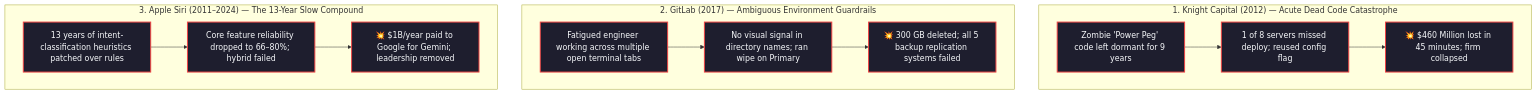
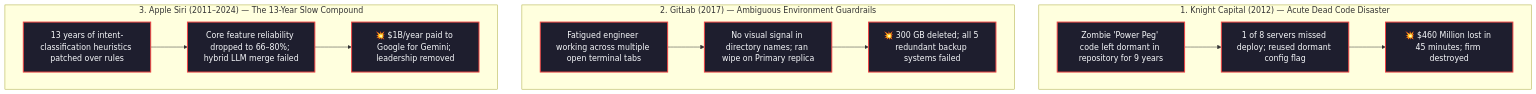
The fifth of 9 diagrams in 01-filestructure/articles/01-your-folder-structure-is-a-message.md (Dustu103/system-design), drawn with Mermaid before and after one commit. The commit also changed other lines of this file, not shown here.

Commit message:
style: streamline Article 1 into diagram-first format with 8 visual architectures

````diff
--- a/01-filestructure/articles/01-your-folder-structure-is-a-message.md
+++ b/01-filestructure/articles/01-your-folder-structure-is-a-message.md
@@ -143,26 +141,26 @@
 ```mermaid
 flowchart TD
-    subgraph K["1. Knight Capital (2012) — Acute Dead Code Catastrophe"]
-        K1["Zombie 'Power Peg' code left dormant for 9 years"]
-        K2["1 of 8 servers missed deploy; reused config flag"]
-        K3["💥 $460 Million lost in 45 minutes; firm collapsed"]
+    subgraph K["1. Knight Capital (2012) — Acute Dead Code Disaster"]
+        K1["Zombie 'Power Peg' code left dormant in repository for 9 years"]
+        K2["1 of 8 servers missed deploy; reused dormant config flag"]
+        K3["💥 $460 Million lost in 45 minutes; firm destroyed"]
         K1 --> K2 --> K3
     end
 
     subgraph G["2. GitLab (2017) — Ambiguous Environment Guardrails"]
         G1["Fatigued engineer working across multiple open terminal tabs"]
-        G2["No visual signal in directory names; ran wipe on Primary"]
-        G3["💥 300 GB deleted; all 5 backup replication systems failed"]
+        G2["No visual signal in directory names; ran wipe on Primary replica"]
+        G3["💥 300 GB deleted; all 5 redundant backup systems failed"]
         G1 --> G2 --> G3
     end
 
     subgraph S["3. Apple Siri (2011–2024) — The 13-Year Slow Compound"]
         S1["13 years of intent-classification heuristics patched over rules"]
-        S2["Core feature reliability dropped to 66–80%; hybrid failed"]
+        S2["Core feature reliability dropped to 66–80%; hybrid LLM merge failed"]
         S3["💥 $1B/year paid to Google for Gemini; leadership removed"]
         S1 --> S2 --> S3
     end
 
     classDef disaster fill:#1e1e2e,stroke:#ef4444,stroke-width:2px,color:#f8fafc;
     class K1,K2,K3,G1,G2,G3,S1,S2,S3 disaster;
 ```
````
